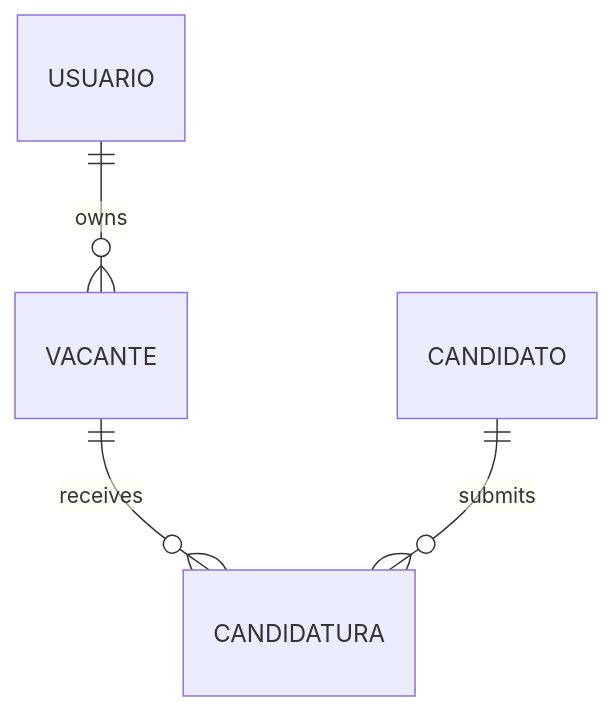
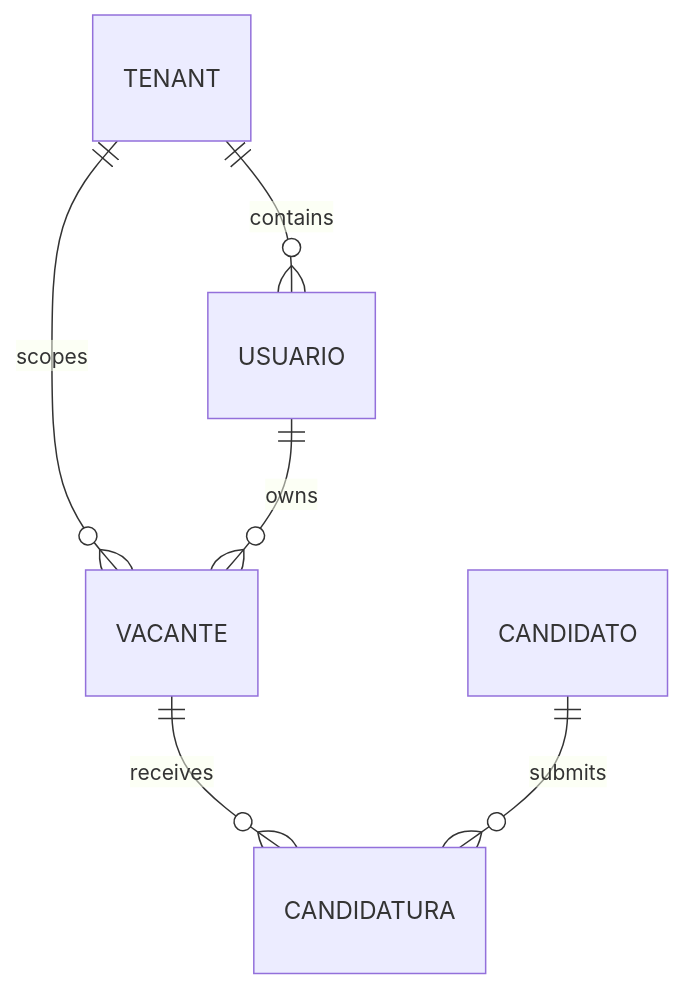
Before and after one commit to aldrinleal/AI4Devs-design-1-202602: the fifth of 10 diagrams in LTI-AL/LTI-AL.md, drawn with Mermaid. The commit also changed other lines of this file and 1 other file, not shown here.

First line of the commit message:
feat(lti-al): add tenant table with optional webhooks and integrations

````diff
--- a/LTI-AL/LTI-AL.md
+++ b/LTI-AL/LTI-AL.md
@@ -131,6 +134,8 @@
 ```mermaid
 erDiagram
+  TENANT ||--o{ USUARIO : contains
+  TENANT ||--o{ VACANTE : scopes
   USUARIO ||--o{ VACANTE : owns
   VACANTE ||--o{ CANDIDATURA : receives
   CANDIDATO ||--o{ CANDIDATURA : submits
 ```
````
